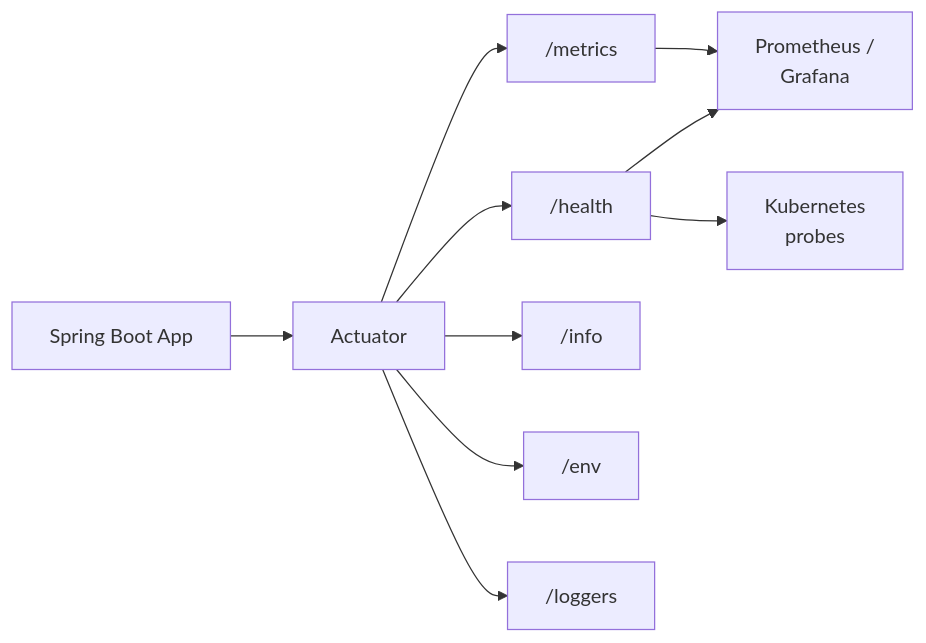
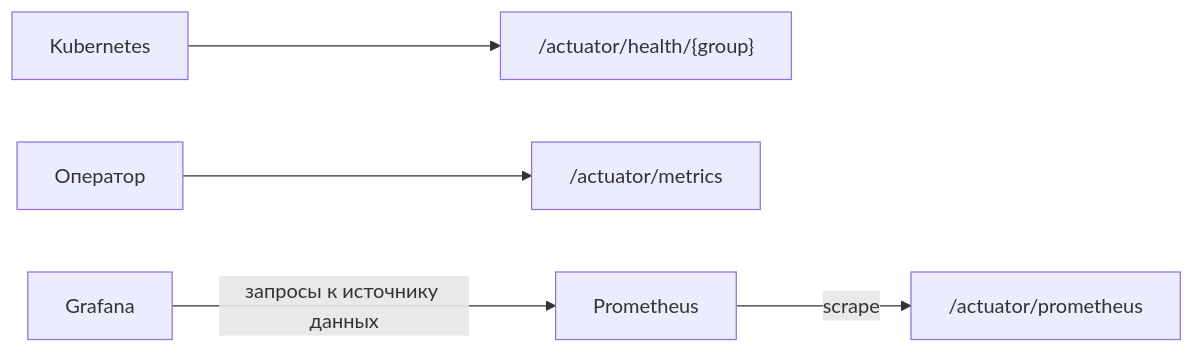
One commit to akeverus/cheat-sheet changed the fourth of 4 diagrams in cheatsheets/interview/frameworks/spring/spring-boot-interview.md. Above: the diagram before and after it, drawn with Mermaid. The commit also changed other lines of this file and 2 other files, not shown here.

Commit message:
Восстановить MCQ и шпаргалку Spring Boot

````diff
--- a/cheatsheets/interview/frameworks/spring/spring-boot-interview.md
+++ b/cheatsheets/interview/frameworks/spring/spring-boot-interview.md
@@ -660,12 +764,7 @@
 ```mermaid
-graph LR
-    A["Spring Boot App"] --> B["Actuator"]
-    B --> C["/health"]
-    B --> D["/metrics"]
-    B --> E["/info"]
-    B --> F["/env"]
-    B --> G["/loggers"]
-    C --> H["Prometheus /<br/>Grafana"]
-    D --> H
-    C --> I["Kubernetes<br/>probes"]
+flowchart LR
+    K["Kubernetes"] --> H["/actuator/health/{group}"]
+    O["Оператор"] --> M["/actuator/metrics"]
+    P["Prometheus"] -->|scrape| S["/actuator/prometheus"]
+    G["Grafana"] -->|запросы к источнику данных| P
 ```
````
